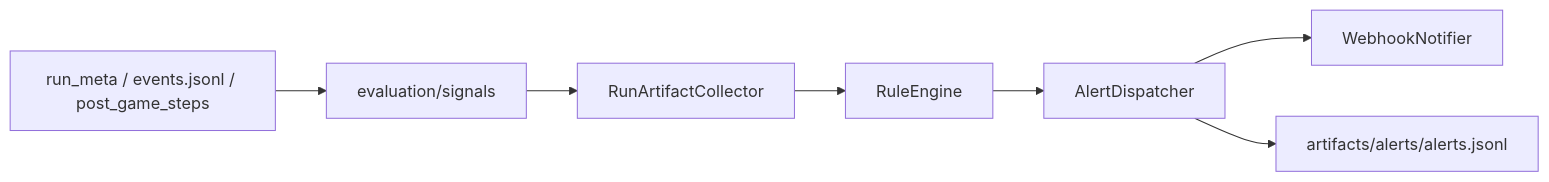
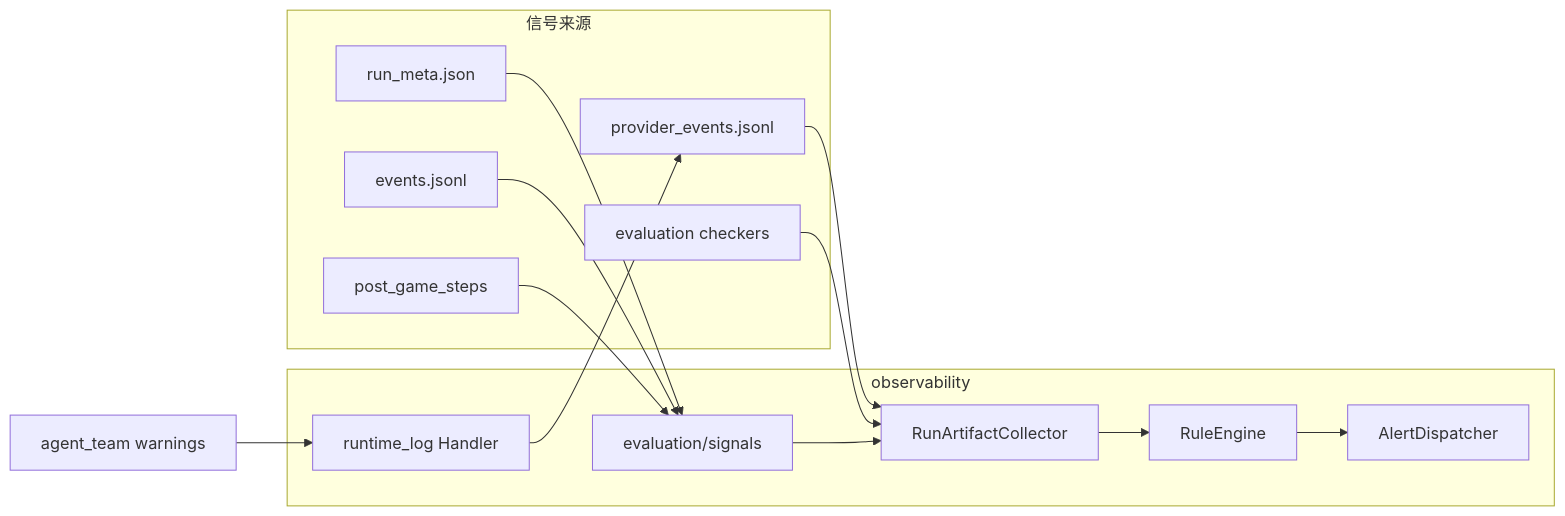
Before and after one commit to kissie-77/MultiAgent-Werewolf: the diagram in docs/observability/DESIGN.md, drawn with Mermaid. The commit also changed other lines of this file and 14 other files, not shown here.

First line of the commit message:
feat(observability): add agent fallback alerts and refresh docs

````diff
--- a/docs/observability/DESIGN.md
+++ b/docs/observability/DESIGN.md
@@ -27,14 +30,26 @@
 ```mermaid
 flowchart LR
-  RUN[run_meta / events.jsonl / post_game_steps]
-  SIG[evaluation/signals]
-  COL[RunArtifactCollector]
-  RULE[RuleEngine]
-  DISP[AlertDispatcher]
-  WH[WebhookNotifier]
-  AUDIT[artifacts/alerts/alerts.jsonl]
+  subgraph sources [信号来源]
+    RM[run_meta.json]
+    EV[events.jsonl]
+    PG[post_game_steps]
+    PE[provider_events.jsonl]
+    CHK[evaluation checkers]
+  end
 
-  RUN --> SIG --> COL --> RULE --> DISP
-  DISP --> WH
-  DISP --> AUDIT
+  subgraph obs [observability]
+    LOG[runtime_log Handler]
+    SIG[evaluation/signals]
+    COL[RunArtifactCollector]
+    RULE[RuleEngine]
+    DISP[AlertDispatcher]
+  end
+
+  AT[agent_team warnings] --> LOG --> PE
+  RM --> SIG
+  EV --> SIG
+  PG --> SIG
+  PE --> COL
+  CHK --> COL
+  SIG --> COL --> RULE --> DISP
 ```
````
